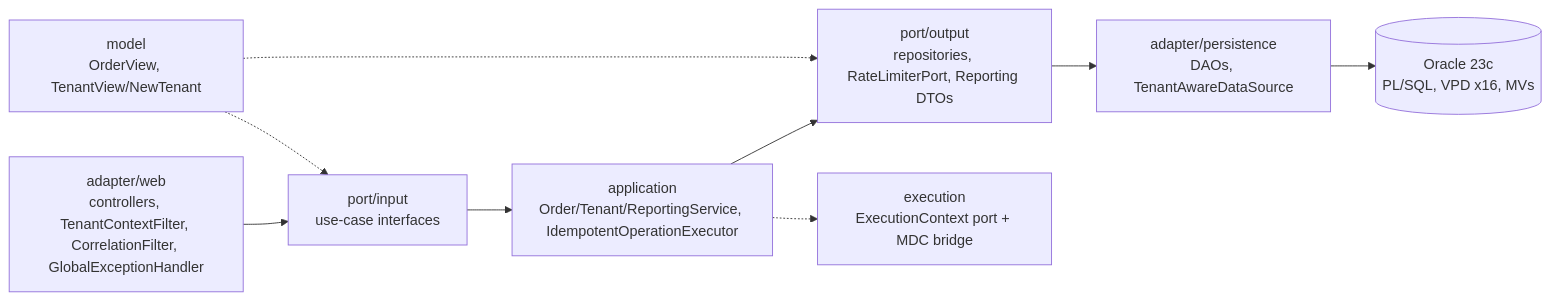
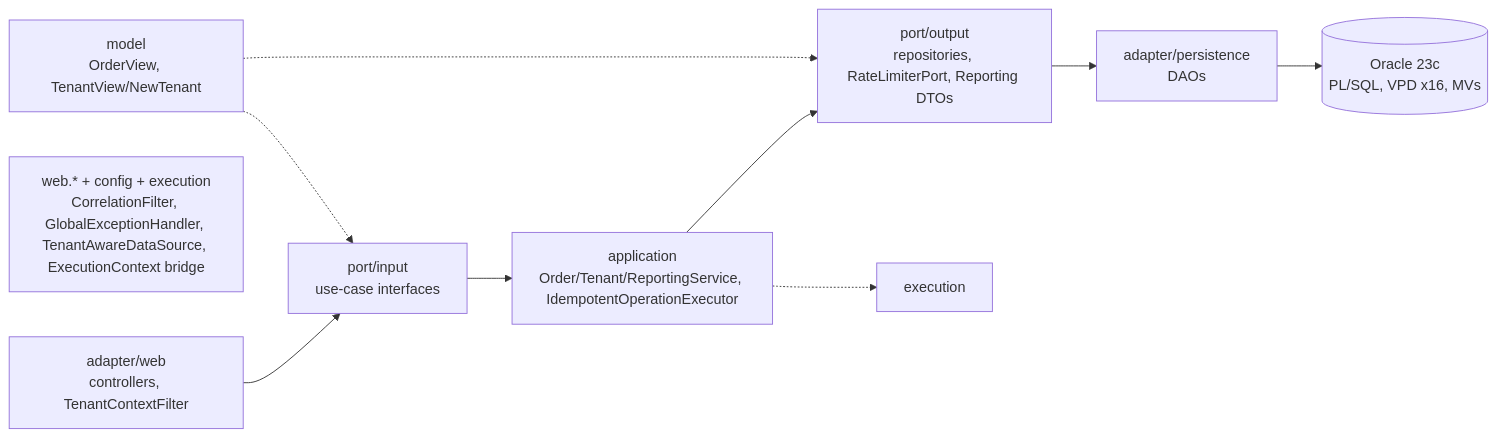
Before and after one commit to sergio11/oracle_multitenant_order_management_poc: the diagram in docs/architecture/01-overview.md, drawn with Mermaid. The commit also changed other lines of this file and 45 other files, not shown here.

````diff
--- a/docs/architecture/01-overview.md
+++ b/docs/architecture/01-overview.md
@@ -5,14 +5,14 @@
 ```mermaid
 flowchart LR
-  WEB["adapter/web<br/>controllers, TenantContextFilter, CorrelationFilter, GlobalExceptionHandler"]
+  WEB["adapter/web<br/>controllers, TenantContextFilter"]
+  SHARED["web.* + config + execution<br/>CorrelationFilter, GlobalExceptionHandler, TenantAwareDataSource, ExecutionContext bridge"]
   IN["port/input<br/>use-case interfaces"]
   APP["application<br/>Order/Tenant/ReportingService, IdempotentOperationExecutor"]
   OUT["port/output<br/>repositories, RateLimiterPort, Reporting DTOs"]
   MODEL["model<br/>OrderView, TenantView/NewTenant"]
-  PER["adapter/persistence<br/>DAOs, TenantAwareDataSource"]
-  EXEC["execution<br/>ExecutionContext port + MDC bridge"]
+  PER["adapter/persistence<br/>DAOs"]
   DB[("Oracle 23c<br/>PL/SQL, VPD x16, MVs")]
   WEB --> IN --> APP --> OUT --> PER --> DB
-  APP -.-> EXEC
+  APP -.-> EXEC["execution"]
   MODEL -.-> IN & OUT
 ```
````
